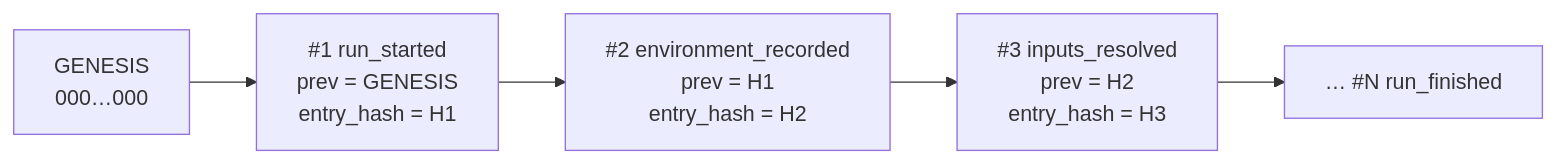
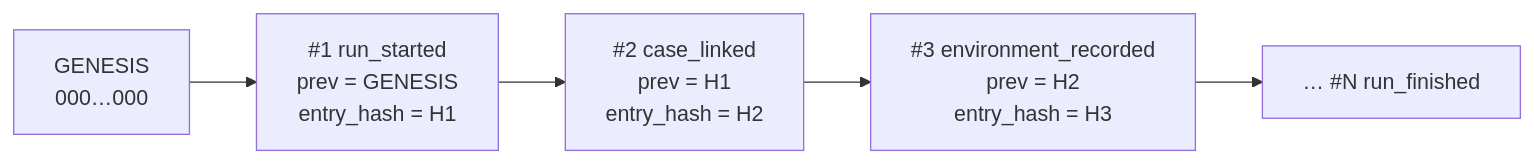
One commit to Panacota96/rv-timeline changed the first of 4 diagrams in docs/forensic-audit.md. Above: the diagram before and after it, drawn with Mermaid. The commit also changed other lines of this file and 984 other files, not shown here.

First line of the commit message:
feat: RV Timeline v0.1 — cited case timeline from the Rakvor tools' outputs (#3)

````diff
--- a/docs/forensic-audit.md
+++ b/docs/forensic-audit.md
@@ -16,7 +17,7 @@
 ```mermaid
 flowchart LR
     G["GENESIS<br/>000…000"] --> E1
     E1["#1 run_started<br/>prev = GENESIS<br/>entry_hash = H1"] --> E2
-    E2["#2 environment_recorded<br/>prev = H1<br/>entry_hash = H2"] --> E3
-    E3["#3 inputs_resolved<br/>prev = H2<br/>entry_hash = H3"] --> EN["… #N run_finished"]
+    E2["#2 case_linked<br/>prev = H1<br/>entry_hash = H2"] --> E3
+    E3["#3 environment_recorded<br/>prev = H2<br/>entry_hash = H3"] --> EN["… #N run_finished"]
 ```
````
